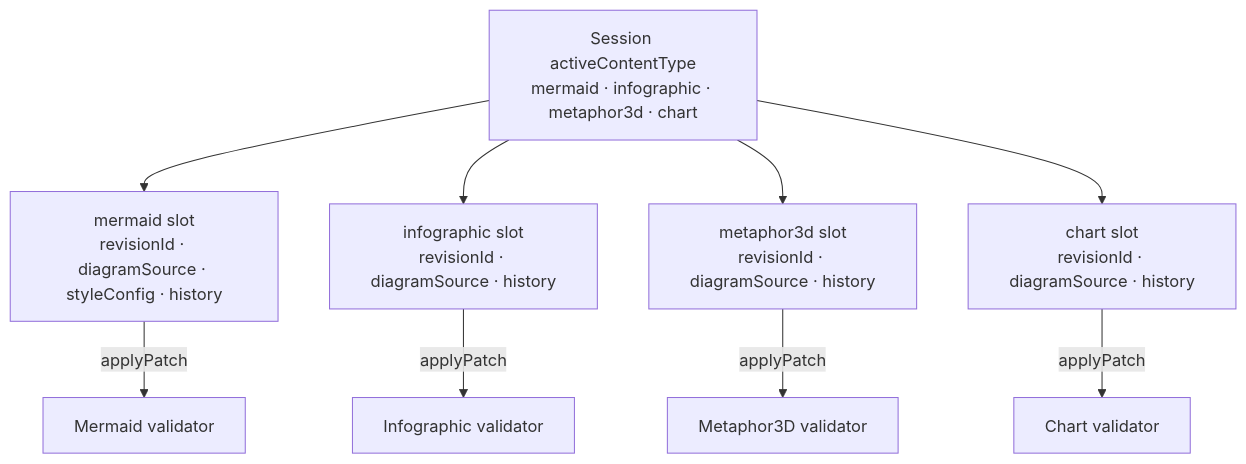
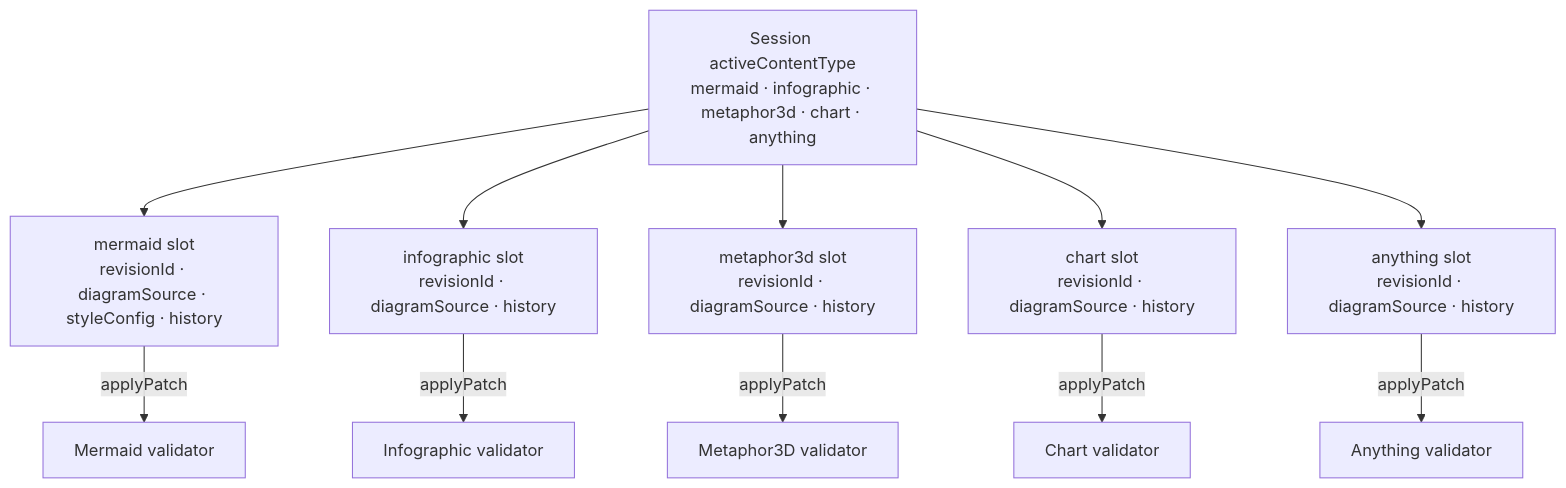
One commit to acuhlmann/mermaid-gen changed the fourth of 5 diagrams in docs/guide/validation.md. Above: the diagram before and after it, drawn with Mermaid. The commit also changed other lines of this file and 34 other files, not shown here.

````diff
--- a/docs/guide/validation.md
+++ b/docs/guide/validation.md
@@ -105,12 +112,14 @@
 ```mermaid
 flowchart TB
-  Session["Session activeContentType\nmermaid · infographic · metaphor3d · chart"]
+  Session["Session activeContentType\nmermaid · infographic · metaphor3d · chart · anything"]
   Session --> MS["mermaid slot\nrevisionId · diagramSource · styleConfig · history"]
   Session --> IS["infographic slot\nrevisionId · diagramSource · history"]
   Session --> MES["metaphor3d slot\nrevisionId · diagramSource · history"]
   Session --> CS["chart slot\nrevisionId · diagramSource · history"]
+  Session --> AS["anything slot\nrevisionId · diagramSource · history"]
   MS -->|applyPatch| MV["Mermaid validator"]
   IS -->|applyPatch| IV["Infographic validator"]
   MES -->|applyPatch| MEV["Metaphor3D validator"]
   CS -->|applyPatch| CV["Chart validator"]
+  AS -->|applyPatch| AV["Anything validator"]
 ```
````
